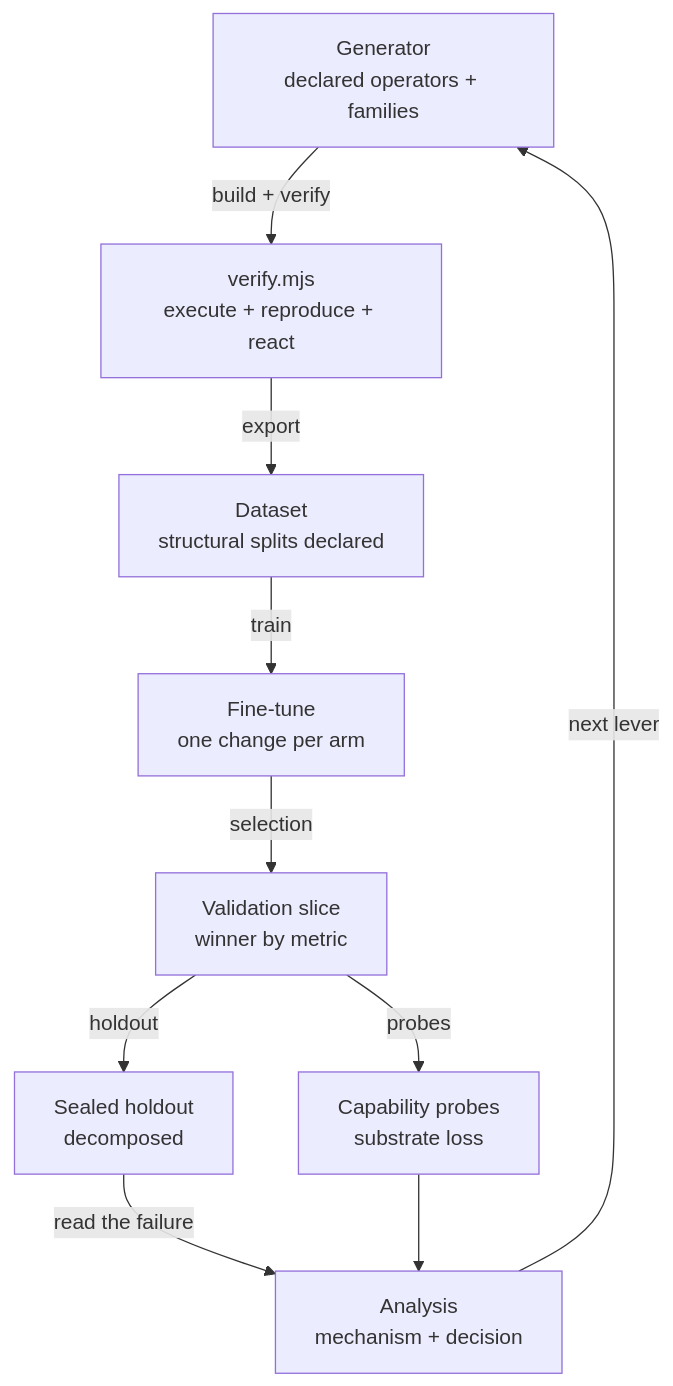
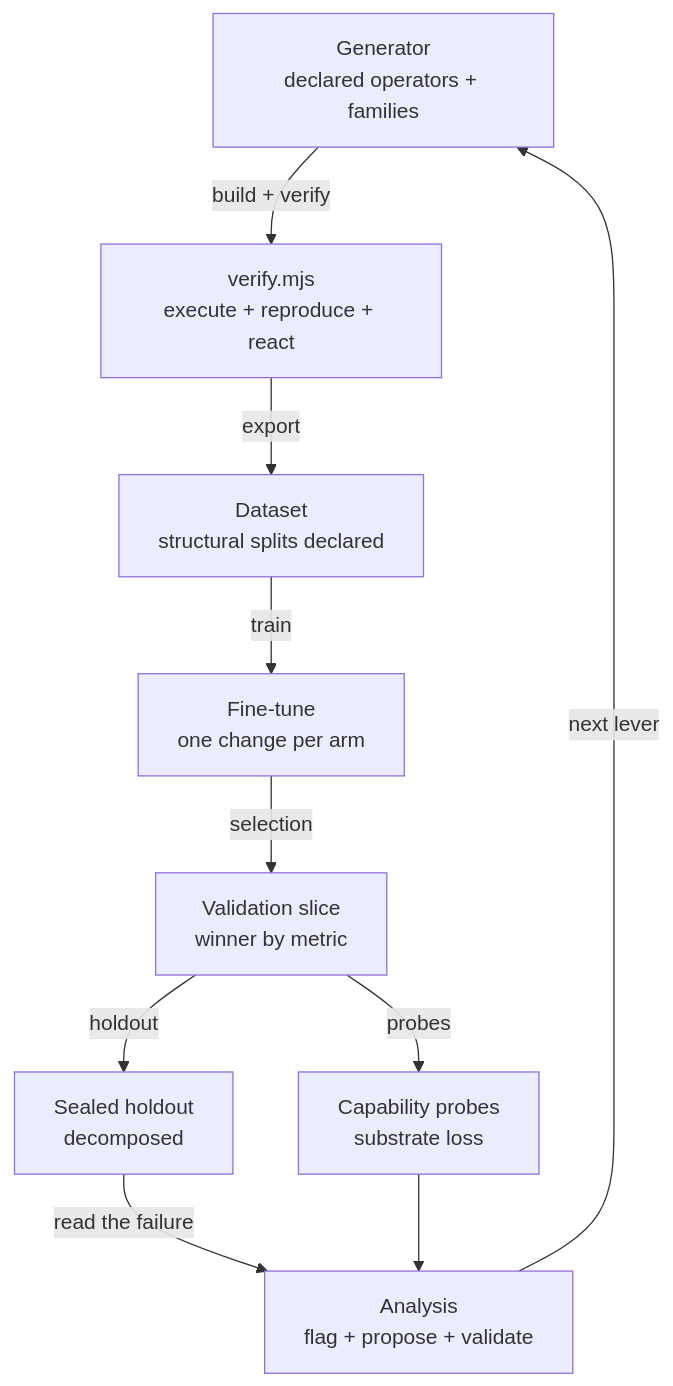
Before and after one commit to ml-circuits-research/sopLang-llm: the diagram in docs/article/02-method.md, drawn with Mermaid. The commit also changed other lines of this file and 6 other files, not shown here.

````diff
--- a/docs/article/02-method.md
+++ b/docs/article/02-method.md
@@ -43,12 +79,12 @@
 ```mermaid
 graph TD
   G["Generator<br/>declared operators + families"] -->|"build + verify"| V["verify.mjs<br/>execute + reproduce + react"]
   V -->|"export"| D["Dataset<br/>structural splits declared"]
   D -->|"train"| T["Fine-tune<br/>one change per arm"]
   T -->|"selection"| S["Validation slice<br/>winner by metric"]
   S -->|"holdout"| H["Sealed holdout<br/>decomposed"]
   S -->|"probes"| P["Capability probes<br/>substrate loss"]
-  H -->|"read the failure"| A["Analysis<br/>mechanism + decision"]
+  H -->|"read the failure"| A["Analysis<br/>flag + propose + validate"]
   P --> A
   A -->|"next lever"| G
 ```
````
